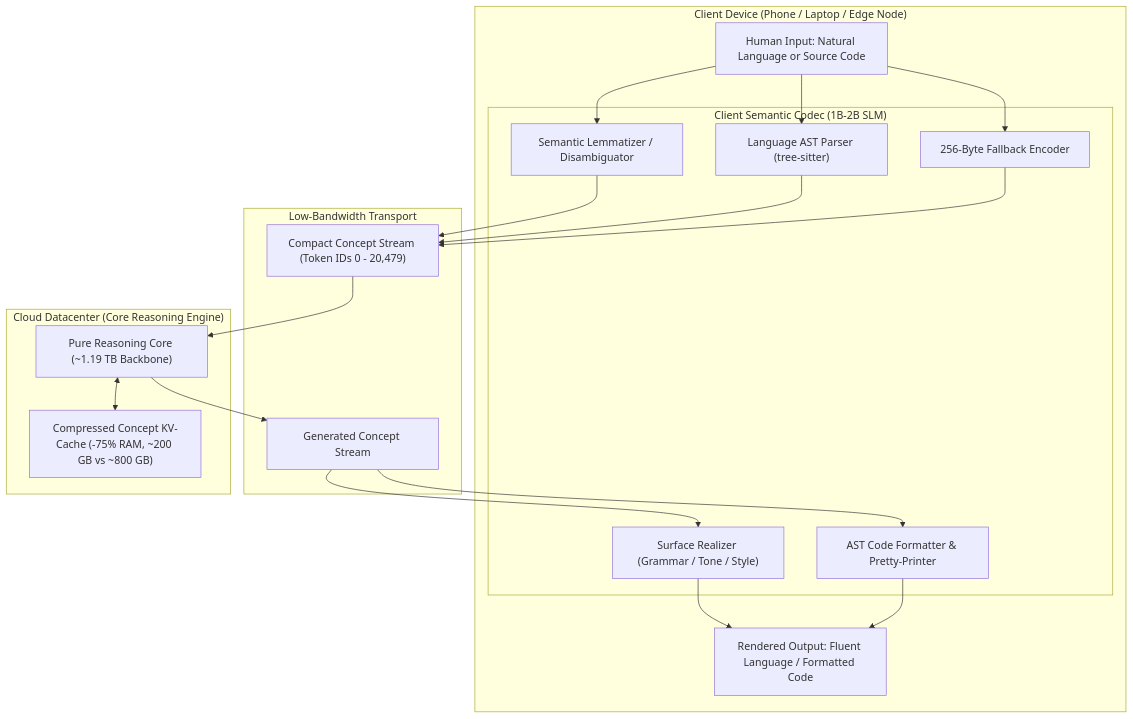
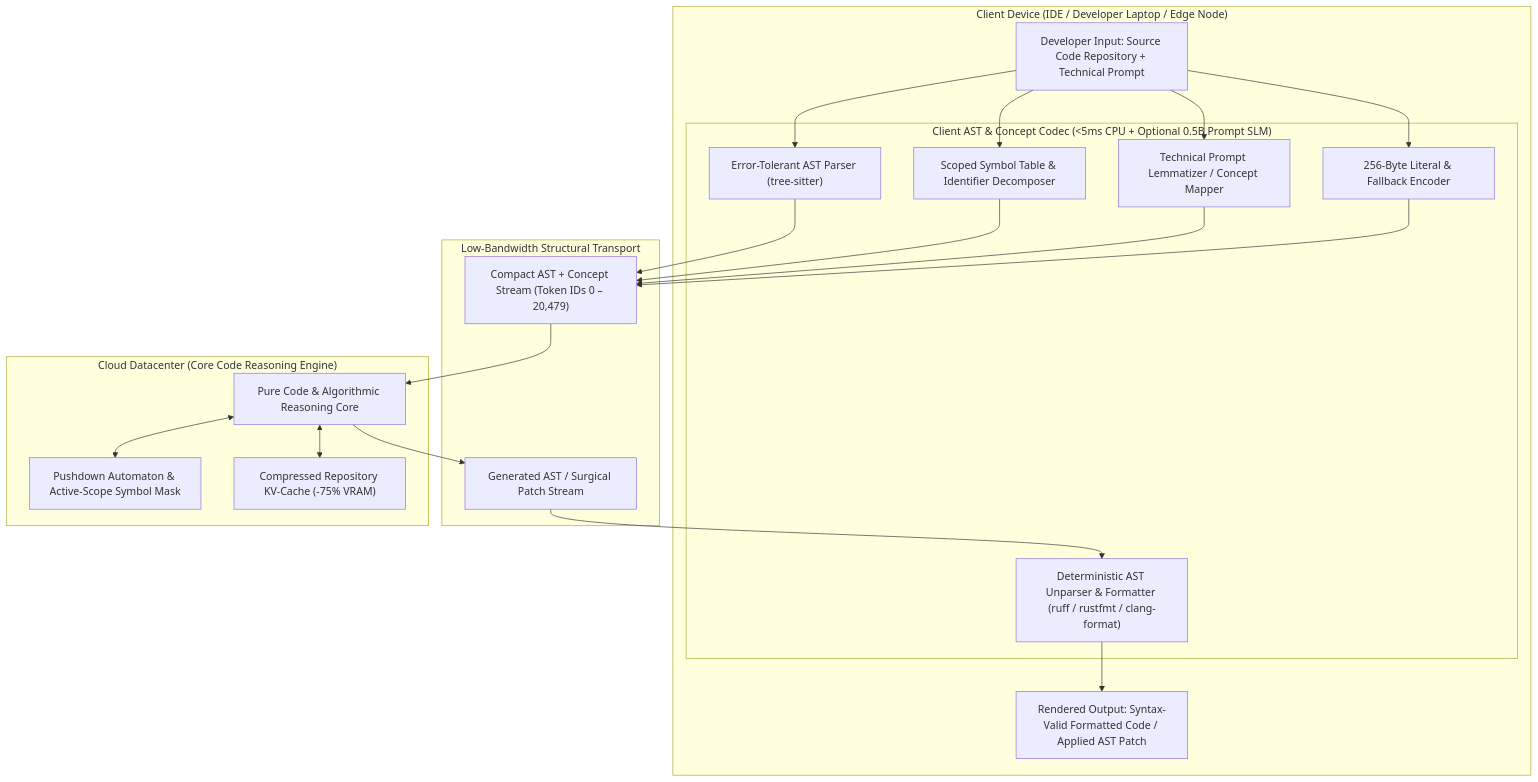
One commit to bokic/ConceptLLM changed the first of 2 diagrams in README.md. Above: the diagram before and after it, drawn with Mermaid. The commit also changed other lines of this file, not shown here.

````diff
--- a/README.md
+++ b/README.md
@@ -23,34 +26,36 @@
 ```mermaid
 flowchart TD
-    subgraph Client ["Client Device (Phone / Laptop / Edge Node)"]
-        UserIn["Human Input: Natural Language or Source Code"]
+    subgraph Client ["Client Device (IDE / Developer Laptop / Edge Node)"]
+        UserIn["Developer Input: Source Code Repository + Technical Prompt"]
 
-        subgraph ClientCodec ["Client Semantic Codec (1B-2B SLM)"]
-            NLParser["Semantic Lemmatizer / Disambiguator"]
-            ASTParser["Language AST Parser (tree-sitter)"]
-            ByteEncoder["256-Byte Fallback Encoder"]
-            NLDecoder["Surface Realizer (Grammar / Tone / Style)"]
-            ASTPrinter["AST Code Formatter & Pretty-Printer"]
+        subgraph ClientCodec ["Client AST & Concept Codec (<5ms CPU + Optional 0.5B Prompt SLM)"]
+            ASTParser["Error-Tolerant AST Parser (tree-sitter)"]
+            SymTable["Scoped Symbol Table & Identifier Decomposer"]
+            PromptEncoder["Technical Prompt Lemmatizer / Concept Mapper"]
+            ByteEncoder["256-Byte Literal & Fallback Encoder"]
+            ASTUnparser["Deterministic AST Unparser & Formatter (ruff / rustfmt / clang-format)"]
         end
 
-        FinalOut["Rendered Output: Fluent Language / Formatted Code"]
+        FinalOut["Rendered Output: Syntax-Valid Formatted Code / Applied AST Patch"]
     end
 
-    subgraph Network ["Low-Bandwidth Transport"]
-        UpstreamTokens["Compact Concept Stream (Token IDs 0 - 20,479)"]
-        DownstreamTokens["Generated Concept Stream"]
+    subgraph Network ["Low-Bandwidth Structural Transport"]
+        UpstreamTokens["Compact AST + Concept Stream (Token IDs 0 – 20,479)"]
+        DownstreamTokens["Generated AST / Surgical Patch Stream"]
     end
 
-    subgraph Server ["Cloud Datacenter (Core Reasoning Engine)"]
-        ServerModel["Pure Reasoning Core (~1.19 TB Backbone)"]
-        KVCache["Compressed Concept KV-Cache (-75% RAM, ~200 GB vs ~800 GB)"]
+    subgraph Server ["Cloud Datacenter (Core Code Reasoning Engine)"]
+        ServerModel["Pure Code & Algorithmic Reasoning Core"]
+        GrammarMask["Pushdown Automaton & Active-Scope Symbol Mask"]
+        KVCache["Compressed Repository KV-Cache (-75% VRAM)"]
     end
 
-    UserIn --> NLParser & ASTParser & ByteEncoder
-    NLParser & ASTParser & ByteEncoder --> UpstreamTokens
+    UserIn --> ASTParser & SymTable & PromptEncoder & ByteEncoder
+    ASTParser & SymTable & PromptEncoder & ByteEncoder --> UpstreamTokens
     UpstreamTokens --> ServerModel
     ServerModel <--> KVCache
+    ServerModel <--> GrammarMask
     ServerModel --> DownstreamTokens
-    DownstreamTokens --> NLDecoder & ASTPrinter
-    NLDecoder & ASTPrinter --> FinalOut
+    DownstreamTokens --> ASTUnparser
+    ASTUnparser --> FinalOut
 ```
````
